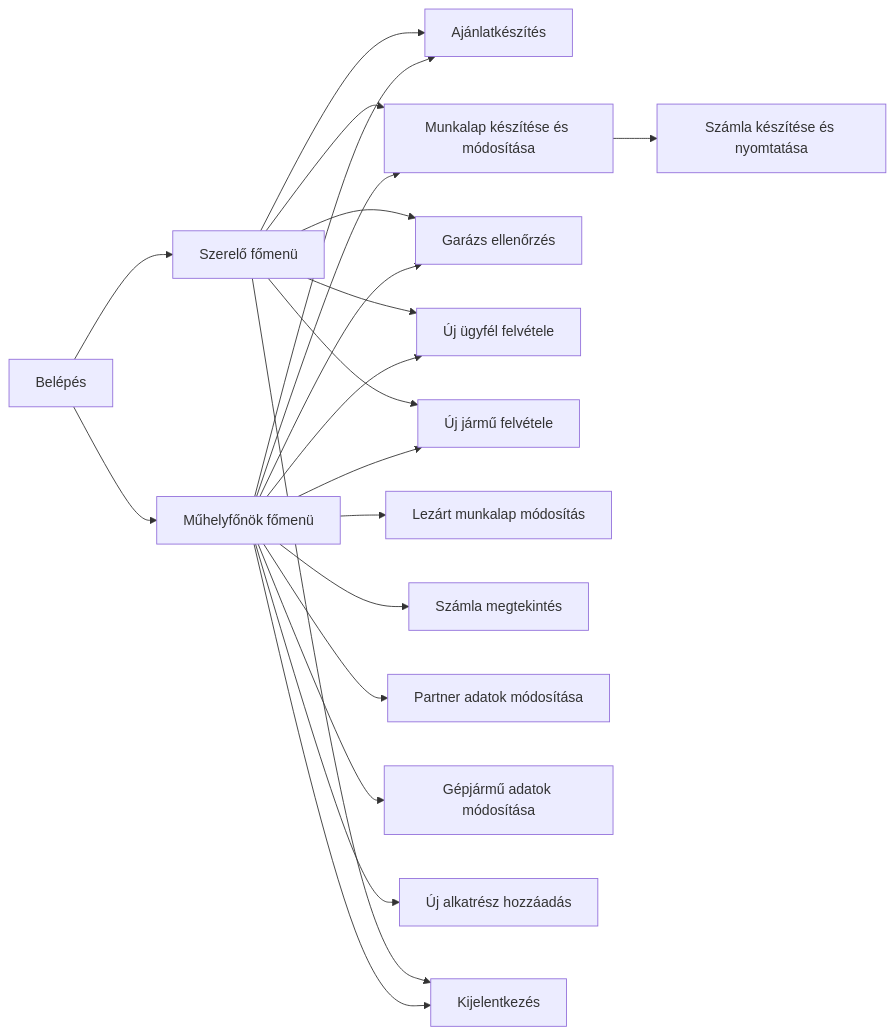
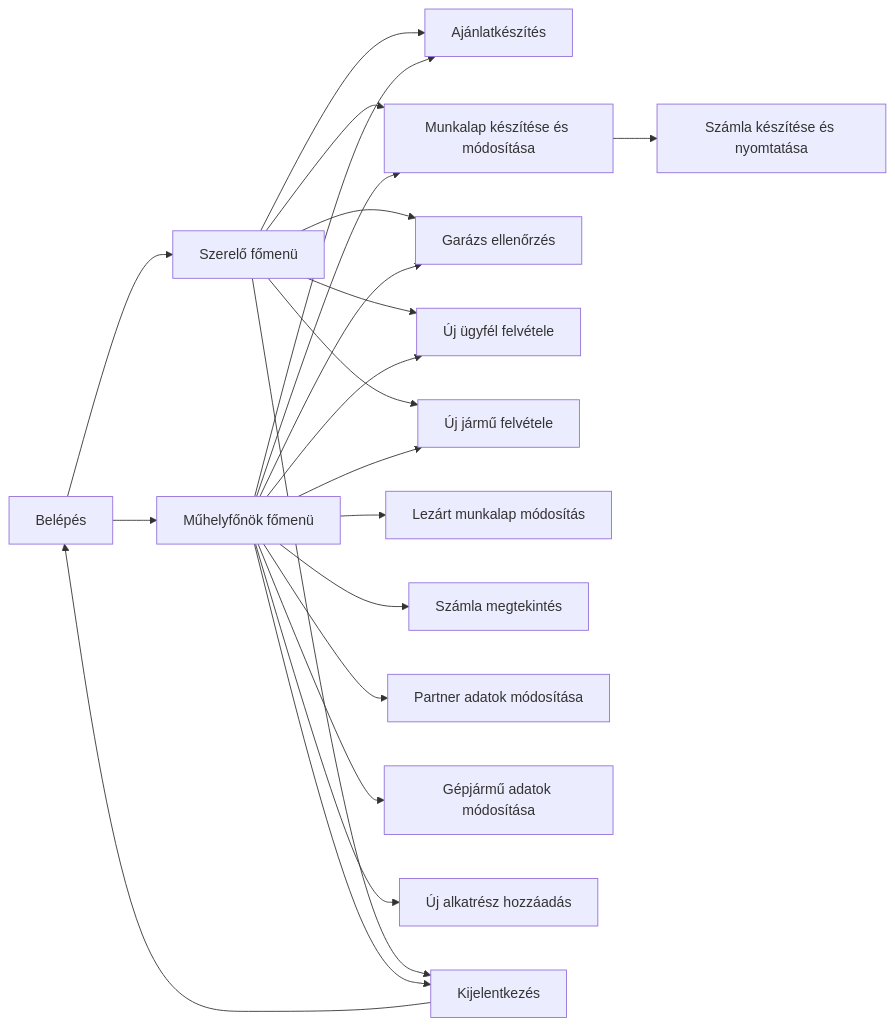
One commit to avarhegyi87/gamf-infoproj23-mechapp changed the diagram in README.md. Above: the diagram before and after it, drawn with Mermaid. The commit also changed other lines of this file, not shown here.

````diff
--- a/README.md
+++ b/README.md
@@ -55,21 +55,22 @@
 ```mermaid
 graph LR
 
 A[Belépés] --> B[Szerelő főmenü] --> D[Ajánlatkészítés]
 A --> C[Műhelyfőnök főmenü] --> D
 B --> E[Munkalap készítése és módosítása] --> F[Számla készítése és nyomtatása]
 C --> E
 B --> G[Garázs ellenőrzés]
 C --> G
 B --> H[Új ügyfél felvétele]
 C --> H
 B --> I[Új jármű felvétele]
 C --> I
 C --> J[Lezárt munkalap módosítás]
 C --> K[Számla megtekintés]
 C --> L[Partner adatok módosítása]
 C --> M[Gépjármű adatok módosítása]
 C --> N[Új alkatrész hozzáadás]
 B --> O[Kijelentkezés]
 C --> O
+O --> A
 ```
````
